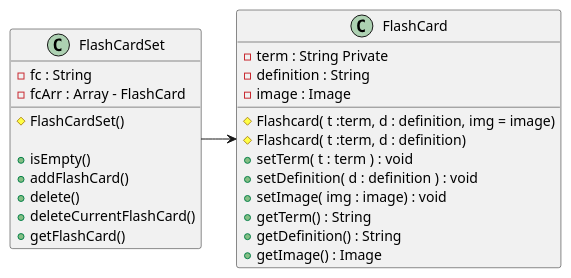
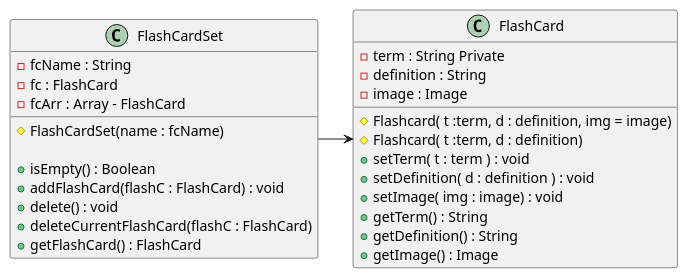
The diagram in app/src/main/java/com/example/arturo/flashcardsparse/FlashCard.puml (arturoaram/FlashCardsParse), drawn with PlantUML before and after one commit. The commit also changed 1 other file, not shown here.

Commit message:
Added the add method to the FlashCard Object. Still needs to be tested!!!!!!!

```diff
--- a/app/src/main/java/com/example/arturo/flashcardsparse/FlashCard.puml
+++ b/app/src/main/java/com/example/arturo/flashcardsparse/FlashCard.puml
@@ -1,33 +1,34 @@
 @startuml
 
 FlashCardSet ->FlashCard
 
 class FlashCardSet{
-    -fc : String
+    -fcName : String
+    -fc : FlashCard
     -fcArr : Array - FlashCard
 
-    #FlashCardSet()
+    #FlashCardSet(name : fcName)
 
-    +isEmpty()
-    +addFlashCard()
-    +delete()
-    +deleteCurrentFlashCard()
-    +getFlashCard()
+    +isEmpty() : Boolean
+    +addFlashCard(flashC : FlashCard) : void
+    +delete() : void
+    +deleteCurrentFlashCard(flashC : FlashCard)
+    +getFlashCard() : FlashCard
 }
 class FlashCard{
     -term : String Private
     -definition : String
     -image : Image
 
     #Flashcard( t :term, d : definition, img = image)
     #Flashcard( t :term, d : definition)
     +setTerm( t : term ) : void
     +setDefinition( d : definition ) : void
     +setImage( img : image) : void
     +getTerm() : String
     +getDefinition() : String
     +getImage() : Image
 }
 
 
 @enduml
```
